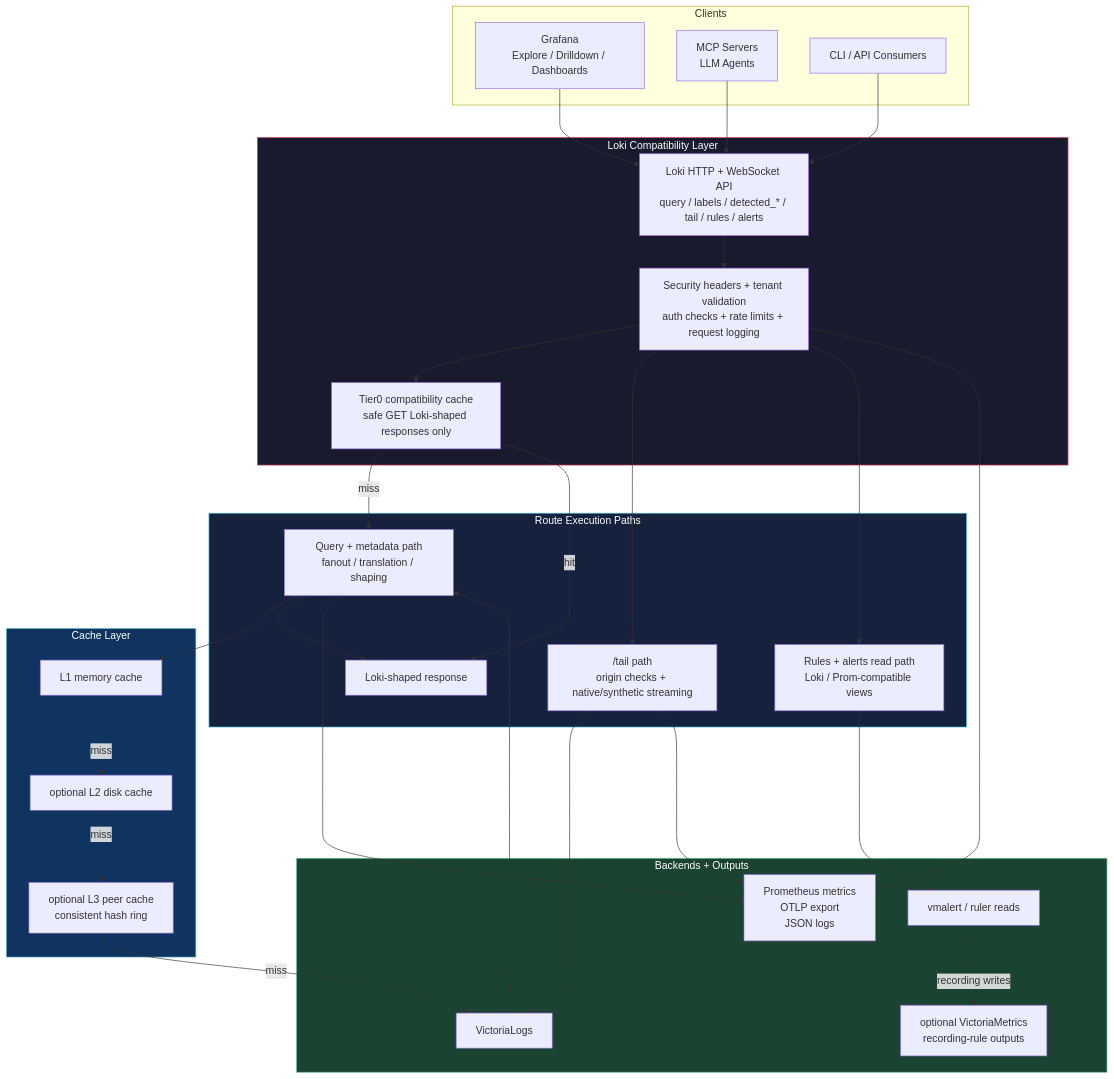
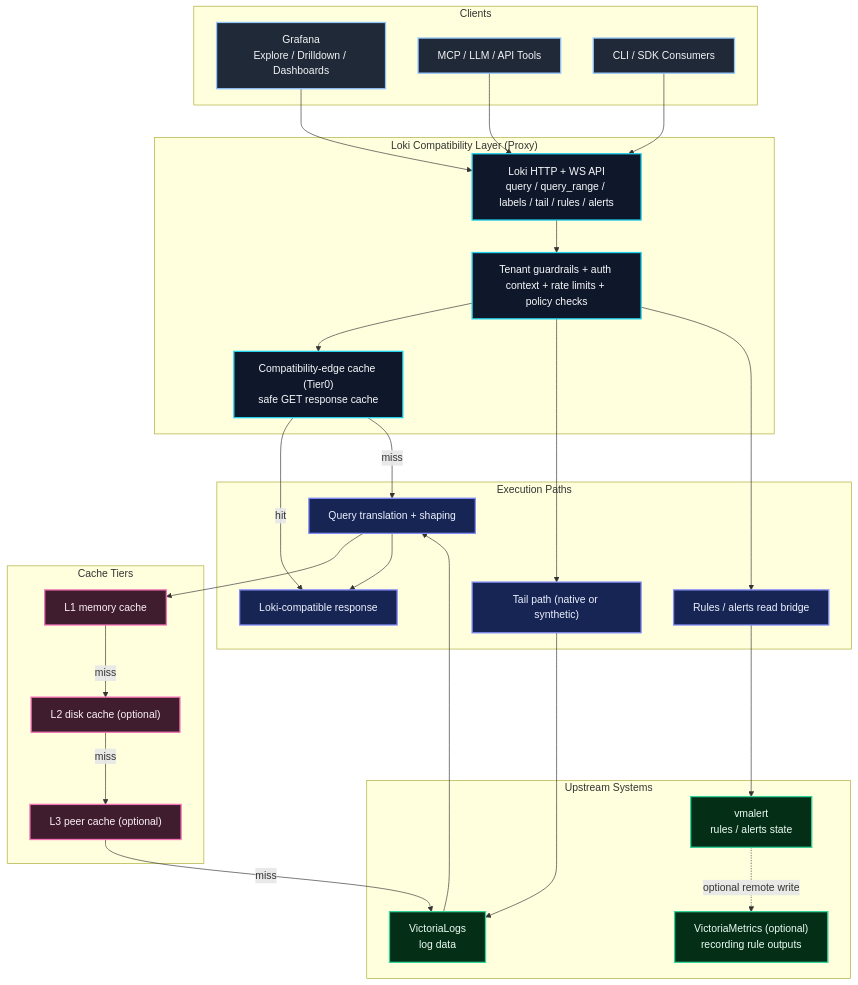
Before and after one commit to ReliablyObserve/Loki-VL-proxy: the second of 2 diagrams in README.md, drawn with Mermaid. The commit also changed other lines of this file and 10 other files, not shown here.

First line of the commit message:
Harden query_range tuple cache segregation and regressions (#67)

````diff
--- a/README.md
+++ b/README.md
@@ -39,61 +77,68 @@
 ```mermaid
 flowchart TD
     subgraph L1["Clients"]
         G["Grafana<br/>Explore / Drilldown / Dashboards"]
-        M["MCP Servers<br/>LLM Agents"]
-        C["CLI / API Consumers"]
+        M["MCP / LLM / API Tools"]
+        C["CLI / SDK Consumers"]
     end
 
-    subgraph L2["Loki Compatibility Layer"]
-        API["Loki HTTP + WebSocket API<br/>query / labels / detected_* / tail / rules / alerts"]
-        GUARD["Security headers + tenant validation<br/>auth checks + rate limits + request logging"]
-        EDGE["Tier0 compatibility cache<br/>safe GET Loki-shaped responses only"]
+    subgraph L2["Loki Compatibility Layer (Proxy)"]
+        API["Loki HTTP + WS API<br/>query / query_range / labels / tail / rules / alerts"]
+        GUARD["Tenant guardrails + auth context + rate limits + policy checks"]
+        EDGE["Compatibility-edge cache (Tier0)<br/>safe GET response cache"]
     end
 
-    subgraph L3["Route Execution Paths"]
-        Q["Query + metadata path<br/>fanout / translation / shaping"]
-        T["/tail path<br/>origin checks + native/synthetic streaming"]
-        R["Rules + alerts read path<br/>Loki / Prom-compatible views"]
-        RESP["Loki-shaped response"]
+    subgraph L3["Execution Paths"]
+        Q["Query translation + shaping"]
+        T["Tail path (native or synthetic)"]
+        R["Rules / alerts read bridge"]
+        RESP["Loki-compatible response"]
     end
 
-    subgraph L4["Cache Layer"]
-        MEM["L1 memory cache"]
-        DISK["optional L2 disk cache"]
-        PEER["optional L3 peer cache<br/>consistent hash ring"]
+    subgraph L4["Cache Tiers"]
+        L1C["L1 memory cache"]
+        L2C["L2 disk cache (optional)"]
+        L3C["L3 peer cache (optional)"]
     end
 
-    subgraph L5["Backends + Outputs"]
-        VL["VictoriaLogs"]
-        RULES["vmalert / ruler reads"]
-        VMTS["optional VictoriaMetrics<br/>recording-rule outputs"]
-        OBS["Prometheus metrics<br/>OTLP export<br/>JSON logs"]
+    subgraph L5["Upstream Systems"]
+        VL["VictoriaLogs<br/>log data"]
+        VMA["vmalert<br/>rules / alerts state"]
+        VM["VictoriaMetrics (optional)<br/>recording rule outputs"]
     end
 
     G --> API
     M --> API
     C --> API
+
     API --> GUARD
     GUARD --> EDGE
+    EDGE -->|hit| RESP
     EDGE -->|miss| Q
-    EDGE -->|hit| RESP
+
     GUARD --> T
     GUARD --> R
-    Q --> MEM
-    MEM -->|miss| DISK
-    DISK -->|miss| PEER
-    PEER -->|miss| VL
+
+    Q --> L1C
+    L1C -->|miss| L2C
+    L2C -->|miss| L3C
+    L3C -->|miss| VL
     VL --> Q
     Q --> RESP
+
     T --> VL
-    R --> RULES
-    RULES -. recording writes .-> VMTS
-    GUARD --> OBS
-    Q --> OBS
-    T --> OBS
+    R --> VMA
+    VMA -. optional remote write .-> VM
 
-    style L2 fill:#1a1a2e,stroke:#e94560,color:#fff
-    style L3 fill:#16213e,stroke:#4cc9f0,color:#fff
-    style L4 fill:#0f3460,stroke:#90e0ef,color:#fff
-    style L5 fill:#1b4332,stroke:#52b788,color:#fff
+    classDef client fill:#1f2937,stroke:#93c5fd,color:#f3f4f6,stroke-width:2px;
+    classDef api fill:#0f172a,stroke:#22d3ee,color:#f8fafc,stroke-width:2px;
+    classDef exec fill:#172554,stroke:#818cf8,color:#eef2ff,stroke-width:2px;
+    classDef cache fill:#3f1d2e,stroke:#f472b6,color:#fdf2f8,stroke-width:2px;
+    classDef upstream fill:#052e16,stroke:#34d399,color:#ecfdf5,stroke-width:2px;
+
+    class G,M,C client;
+    class API,GUARD,EDGE api;
+    class Q,T,R,RESP exec;
+    class L1C,L2C,L3C cache;
+    class VL,VMA,VM upstream;
 ```
````
